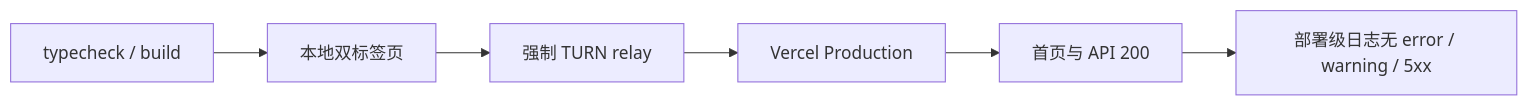
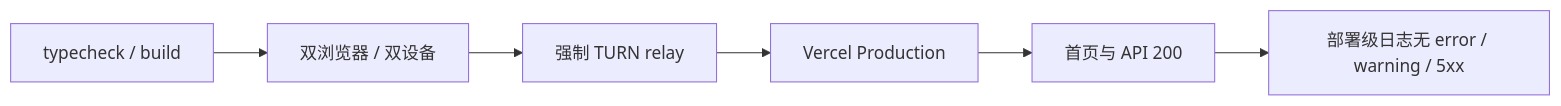
The third of 3 diagrams in docs/project-retrospective.md (MarcWebber/p2p-chat), drawn with Mermaid before and after one commit. The commit also changed other lines of this file and 17 other files, not shown here.

````diff
--- a/docs/project-retrospective.md
+++ b/docs/project-retrospective.md
@@ -148,8 +148,8 @@
 ```mermaid
 flowchart LR
-  STATIC["typecheck / build"] --> LOCAL["本地双标签页"]
+  STATIC["typecheck / build"] --> LOCAL["双浏览器 / 双设备"]
   LOCAL --> RELAY["强制 TURN relay"]
   RELAY --> DEPLOY["Vercel Production"]
   DEPLOY --> HTTP["首页与 API 200"]
   HTTP --> LOGS["部署级日志无 error / warning / 5xx"]
 ```
````
